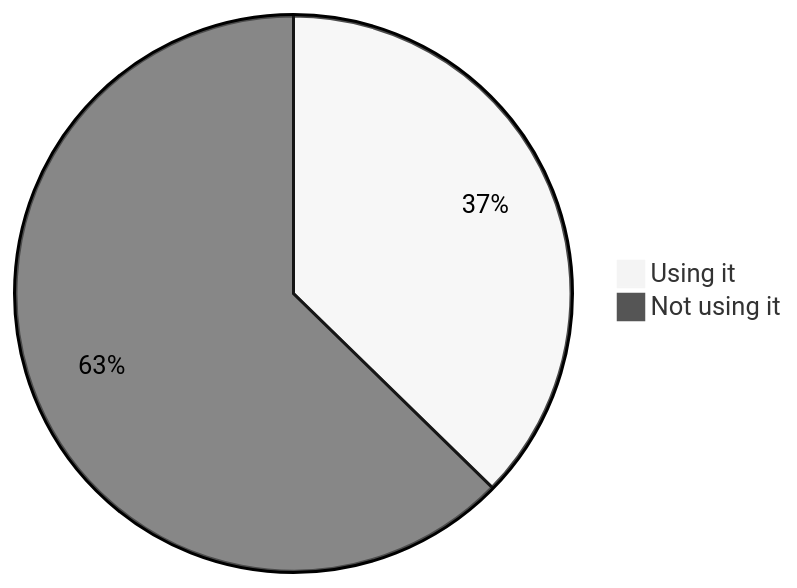
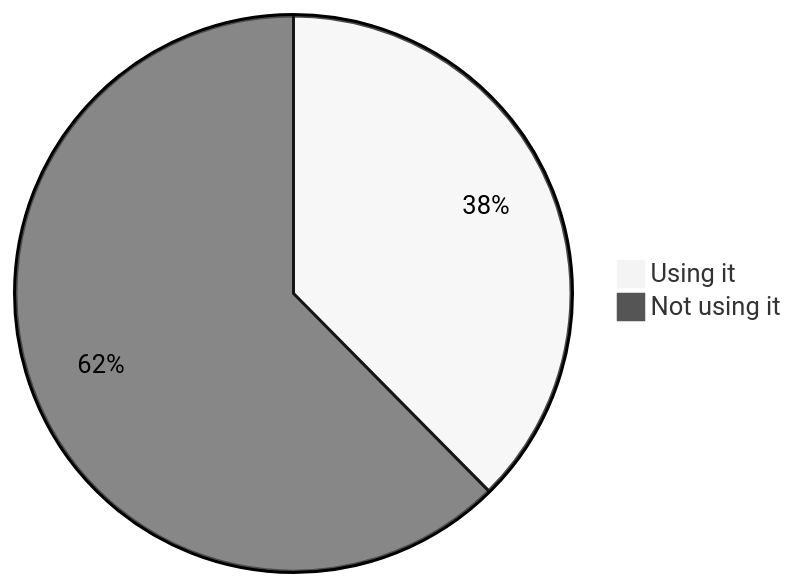
One commit to oshp/oshp-stats changed diagram 16 of 22 in stats.md. Above: the diagram before and after it, drawn with Mermaid (neutral theme). The commit also changed other lines of this file, not shown here.

````diff
--- a/stats.md
+++ b/stats.md
@@ -190,6 +190,6 @@
 ```mermaid
 pie
-	"Using it" : 37.31
-	"Not using it" : 62.69
+	"Using it" : 37.59
+	"Not using it" : 62.41
 
 ```
````
